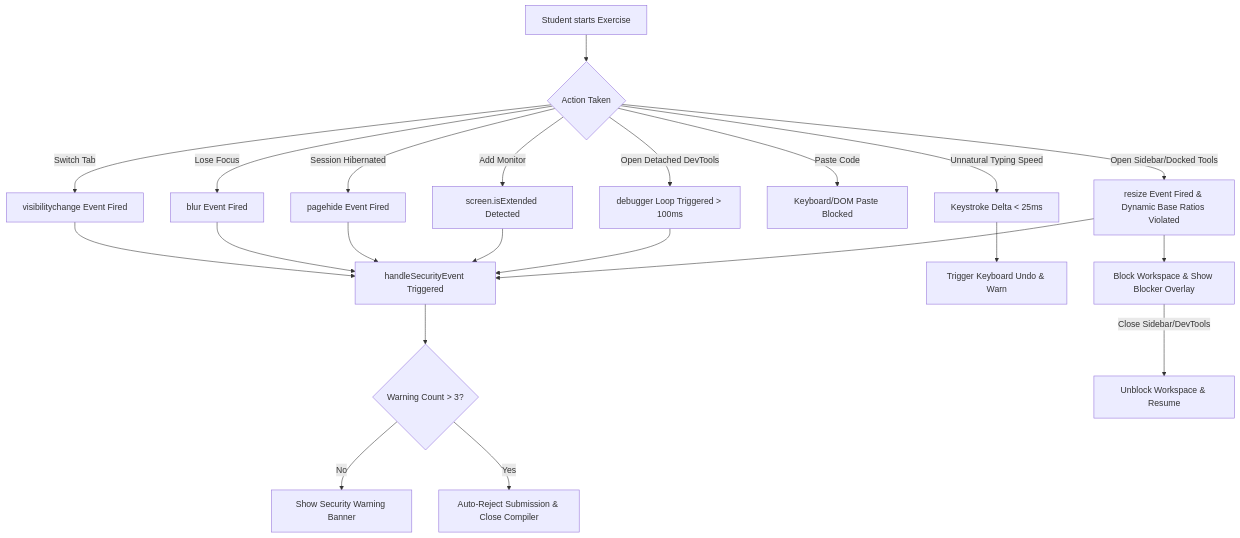
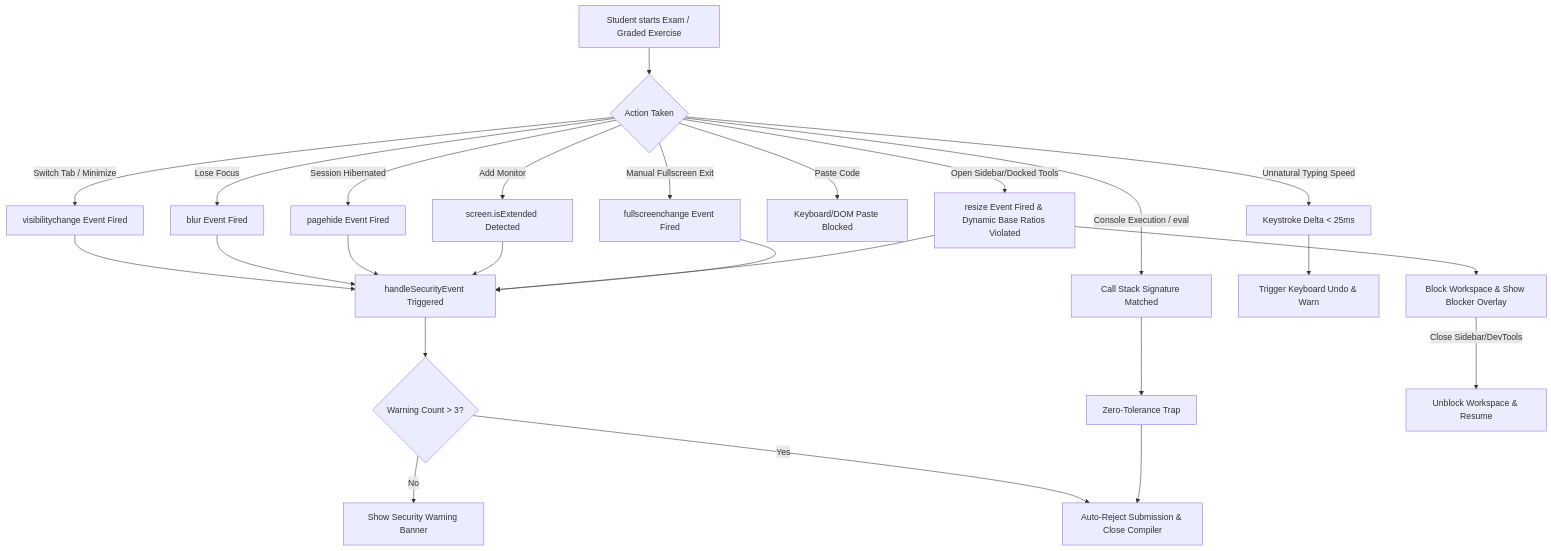
Diagram 16 of 24 in README.md (suyash-rgb/JS-Mentor), drawn with Mermaid before and after one commit. The commit also changed other lines of this file and 1 other file, not shown here.

Commit message:
docs: correct anti-cheat proctoring engine diagram

````diff
--- a/README.md
+++ b/README.md
@@ -609,32 +609,36 @@
 ```mermaid
 flowchart TD
-    A[Student starts Exercise] --> B{Action Taken}
+    A[Student starts Exam / Graded Exercise] --> B{Action Taken}
     
-    B -- Switch Tab --> C[visibilitychange Event Fired]
+    B -- Switch Tab / Minimize --> C[visibilitychange Event Fired]
     B -- Lose Focus --> D[blur Event Fired]
     B -- Session Hibernated --> HIB[pagehide Event Fired]
     B -- Add Monitor --> MON[screen.isExtended Detected]
     
     B -- Unnatural Typing Speed --> KSD[Keystroke Delta < 25ms]
     B -- Paste Code --> E[Keyboard/DOM Paste Blocked]
     
-    B -- Open Detached DevTools --> DEV[debugger Loop Triggered > 100ms]
+    B -- Console Execution / eval --> CON[Call Stack Signature Matched]
     B -- Open Sidebar/Docked Tools --> K[resize Event Fired & Dynamic Base Ratios Violated]
+    B -- Manual Fullscreen Exit --> FSE[fullscreenchange Event Fired]
     
     C --> F[handleSecurityEvent Triggered]
     D --> F
     HIB --> F
     MON --> F
-    DEV --> F
     K --> F
+    FSE --> F
     
     KSD --> UNDO[Trigger Keyboard Undo & Warn]
     
     K --> J[Block Workspace & Show Blocker Overlay]
     
     F --> G{Warning Count > 3?}
     G -- No --> H[Show Security Warning Banner]
     G -- Yes --> I[Auto-Reject Submission & Close Compiler]
     
+    CON --> Z[Zero-Tolerance Trap]
+    Z --> I
+    
     J -- Close Sidebar/DevTools --> L[Unblock Workspace & Resume]
 ```
````
